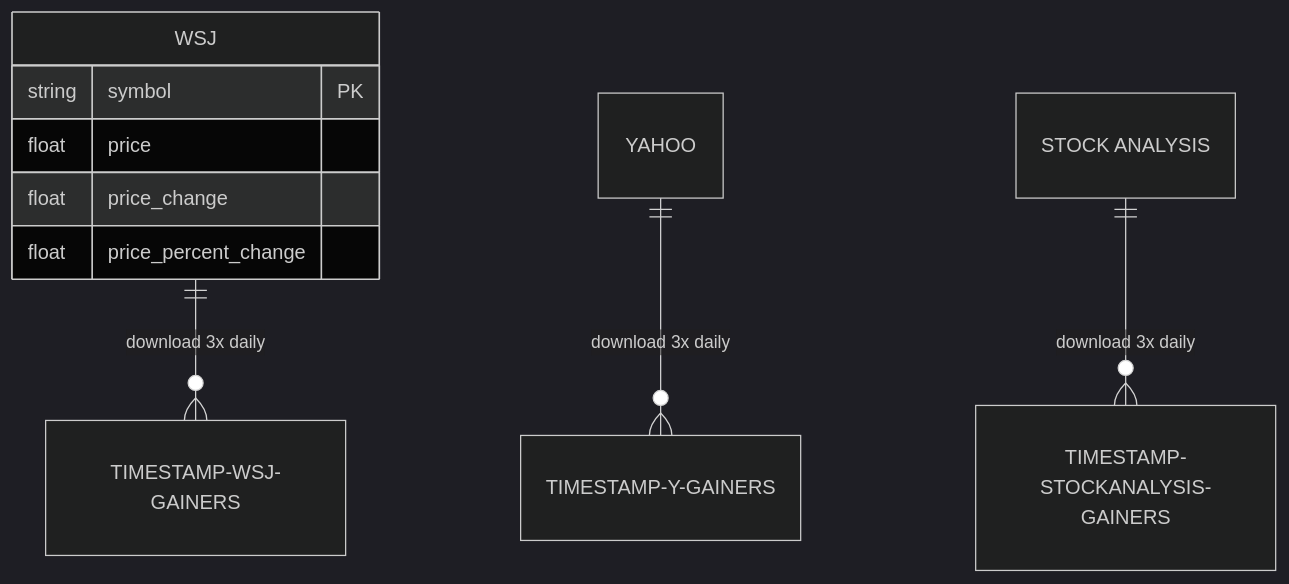
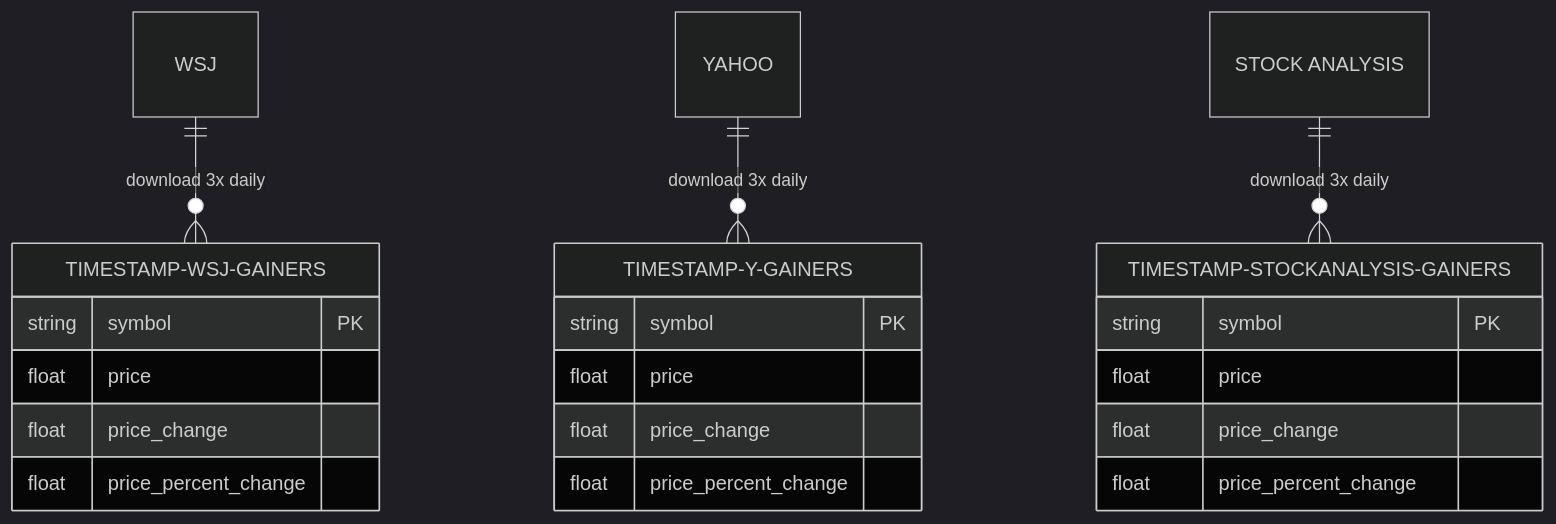
Before and after one commit to KazBarker/SP25_DS5111_nrg6cb: the first of 2 diagrams in ERD/ERD.md, drawn with Mermaid (dark theme).

Commit message:
added tables

````diff
--- a/ERD/ERD.md
+++ b/ERD/ERD.md
@@ -2,13 +2,26 @@
 ```mermaid
 erDiagram
     WSJ only one to zero or more TIMESTAMP-WSJ-GAINERS : "download 3x daily"
     YAHOO only one to zero or more TIMESTAMP-Y-GAINERS : "download 3x daily"
     "STOCK ANALYSIS" only one to zero or more TIMESTAMP-STOCKANALYSIS-GAINERS : "download 3x daily"
     
-    WSJ {
+    TIMESTAMP-WSJ-GAINERS {
         string symbol PK
         float price
         float price_change
         float price_percent_change
     }
+    TIMESTAMP-Y-GAINERS {
+        string symbol PK
+        float price
+        float price_change
+        float price_percent_change
+    }
+    TIMESTAMP-STOCKANALYSIS-GAINERS {
+        string symbol PK
+        float price
+        float price_change
+        float price_percent_change
+    }
+        
 ```
````
